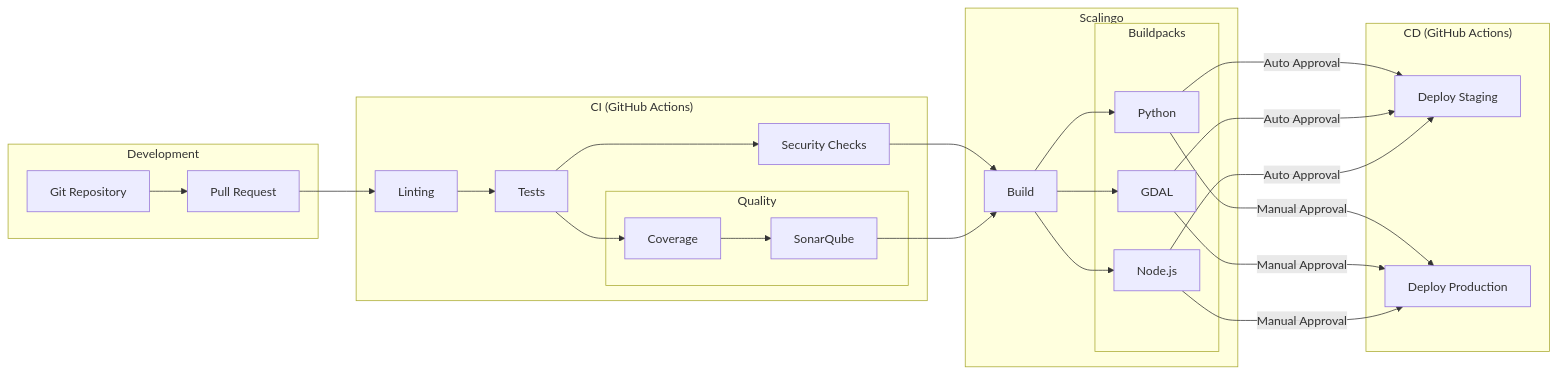
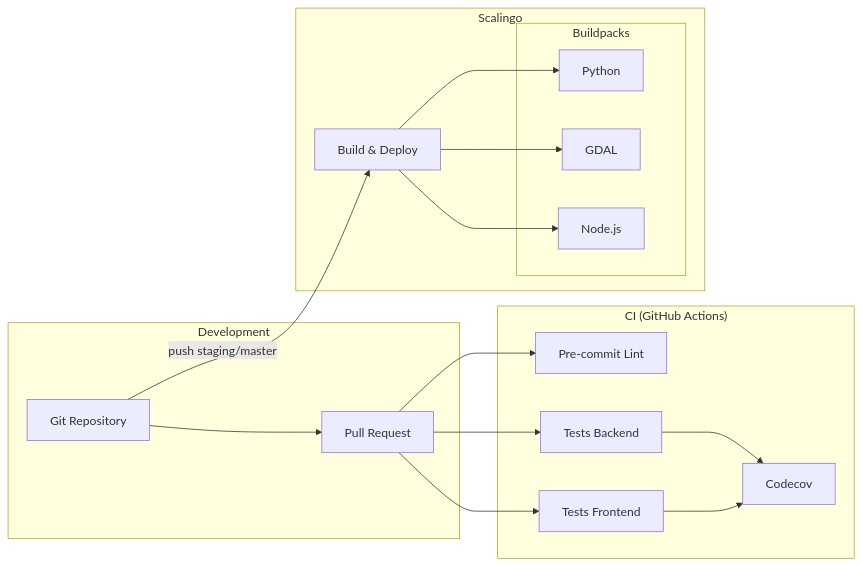
Before and after one commit to MTES-MCT/sparte: the third of 3 diagrams in docs/dat.md, drawn with Mermaid. The commit also changed other lines of this file and 2 other files, not shown here.

````diff
--- a/docs/dat.md
+++ b/docs/dat.md
@@ -497,44 +606,33 @@
 ```mermaid
 flowchart LR
     subgraph Development
         GIT[Git Repository]
         PR[Pull Request]
     end
 
     subgraph CI["CI (GitHub Actions)"]
-        LINT[Linting]
-        TEST[Tests]
-        SEC[Security Checks]
-        subgraph Quality
-            SONAR[SonarQube]
-            COV[Coverage]
-        end
+        LINT[Pre-commit Lint]
+        TEST_BE[Tests Backend]
+        TEST_FE[Tests Frontend]
+        COV[Codecov]
     end
 
     subgraph Scalingo
         subgraph Buildpacks
             BP_PYTHON[Python]
             BP_GDAL[GDAL]
             BP_NODE[Node.js]
         end
-        BUILD[Build]
-    end
-
-    subgraph CD["CD (GitHub Actions)"]
-        DEPLOY_STAGING[Deploy Staging]
-        DEPLOY_PROD[Deploy Production]
+        BUILD[Build & Deploy]
     end
 
     GIT --> PR
     PR --> LINT
-    LINT --> TEST
-    TEST --> SEC
-    TEST --> COV
-    SEC --> BUILD
-    COV --> SONAR
-    SONAR --> BUILD
-    
+    PR --> TEST_BE
+    PR --> TEST_FE
+    TEST_BE --> COV
+    TEST_FE --> COV
+
+    GIT --> |push staging/master| BUILD
     BUILD --> BP_PYTHON & BP_GDAL & BP_NODE
-    BP_PYTHON & BP_GDAL & BP_NODE --> |Auto Approval| DEPLOY_STAGING
-    BP_PYTHON & BP_GDAL & BP_NODE --> |Manual Approval| DEPLOY_PROD
 ```
````
